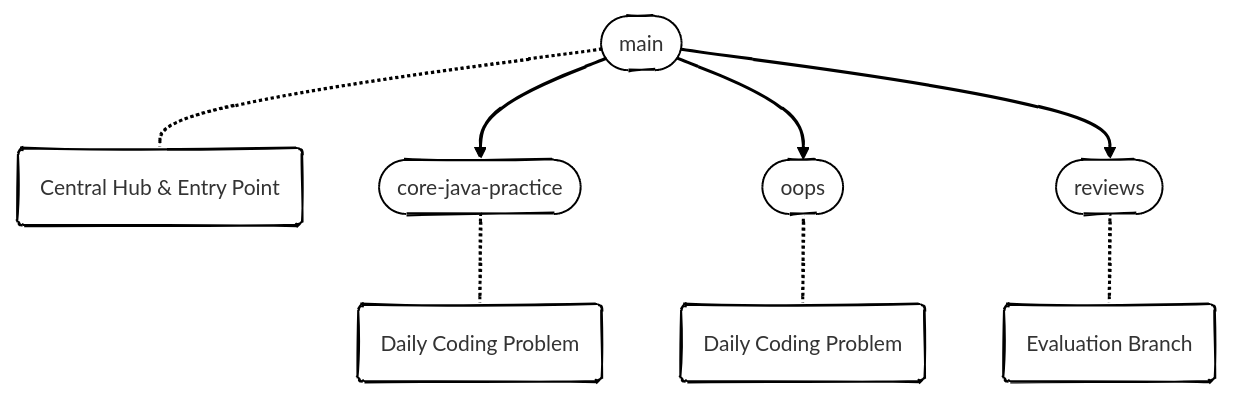
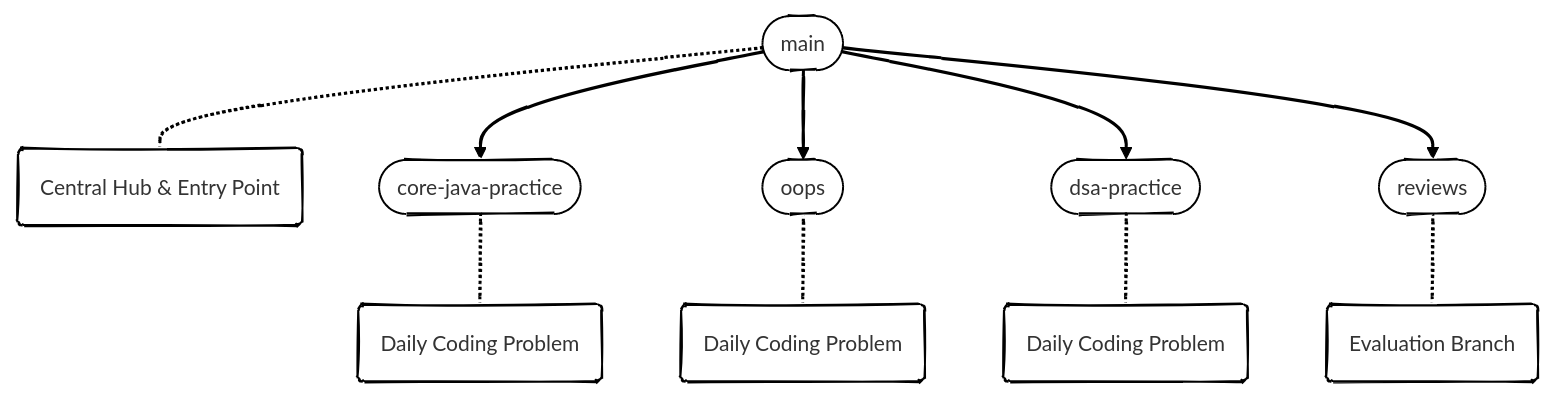
The first of 2 diagrams in readme.md (imprakhartripathi/BridgeLabz-Training), drawn with Mermaid before and after one commit. The commit also changed other lines of this file and 2 other files, not shown here.

````diff
--- a/readme.md
+++ b/readme.md
@@ -146,28 +162,31 @@
 ```mermaid
 ---
 config:
   layout: dagre
   theme: neo
   look: handDrawn
 ---
 flowchart TB
     Main(["main"]) -.- MainCtx["Central Hub & Entry Point"]
 
     Main --> Core(["core-java-practice"])
     Main --> OOPS(["oops"])
+    Main --> DSA(["dsa-practice"])
     Main --> Reviews(["reviews"])
 
     Core -.- CoreCtx["Daily Coding Problem"]
     OOPS -.- OOPSCtx["Daily Coding Problem"]
+    DSA -.- DSACtx["Daily Coding Problem"]
     Reviews -.- ReviewsCtx["Evaluation Branch"]
 
     MainCtx@{ shape: rounded}
     CoreCtx@{ shape: rounded}
     OOPSCtx@{ shape: rounded}
+    DSACtx@{ shape: rounded}
     ReviewsCtx@{ shape: rounded}
 
     classDef branch fill:#ffffff,stroke:#555555
     classDef context fill:#ffffff, stroke:#999999, stroke-dasharray:4 4
     style Main fill:transparent
 
 ```
````
